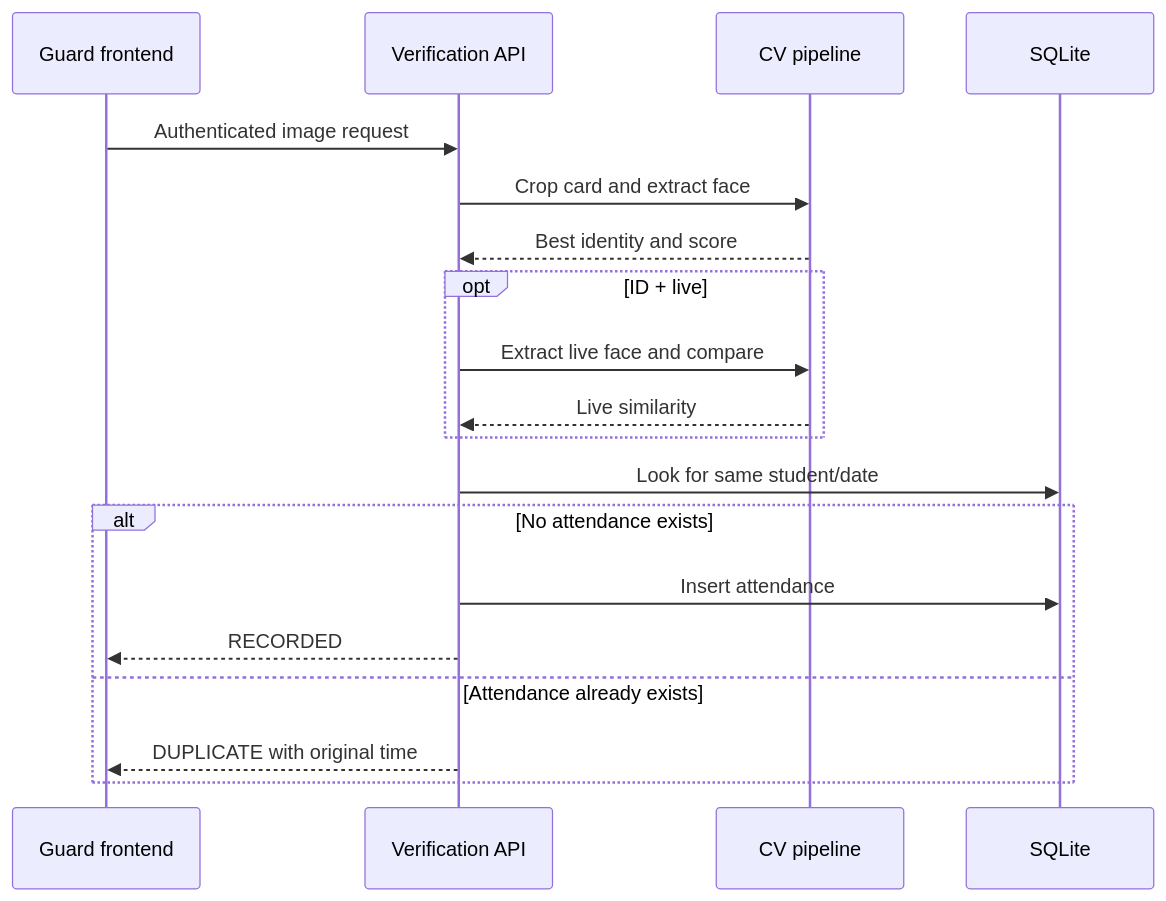
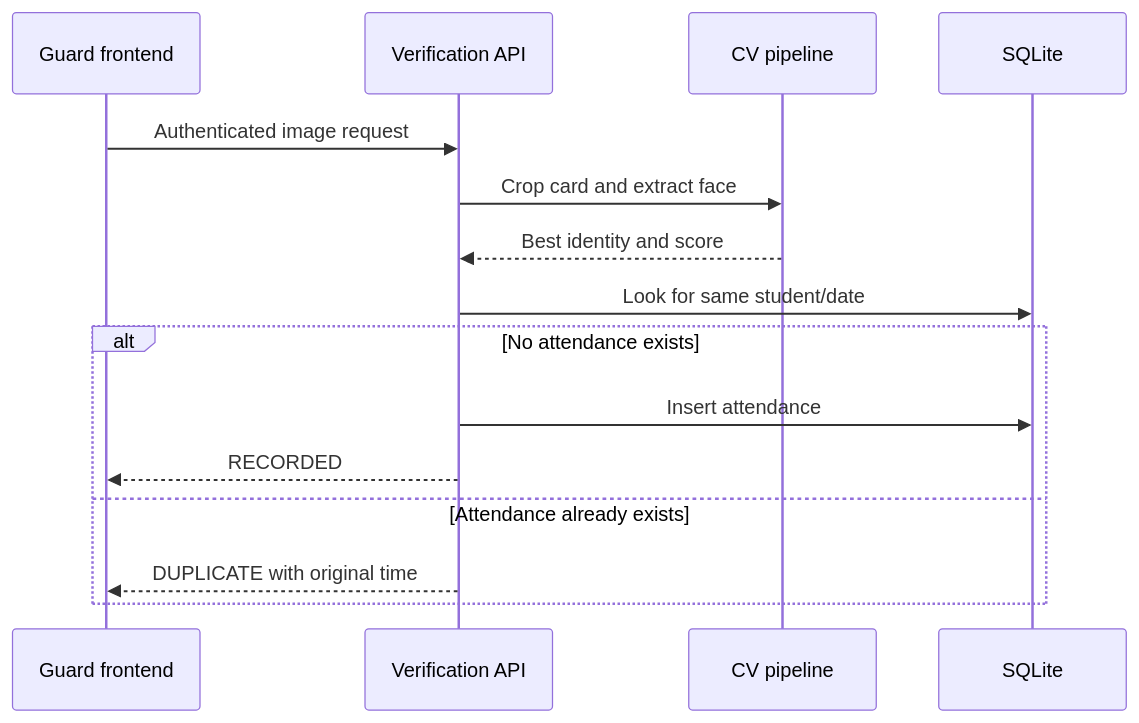
One commit to tomgumR/smart-id-attendance-system changed the fourth of 4 diagrams in docs/PROJECT_DOCUMENTATION.md. Above: the diagram before and after it, drawn with Mermaid. The commit also changed other lines of this file and 12 other files, not shown here.

Commit message:
Remove ID-plus-live face verification

````diff
--- a/docs/PROJECT_DOCUMENTATION.md
+++ b/docs/PROJECT_DOCUMENTATION.md
@@ -447,22 +425,18 @@
 ```mermaid
 sequenceDiagram
     participant G as Guard frontend
     participant API as Verification API
     participant CV as CV pipeline
     participant DB as SQLite
 
     G->>API: Authenticated image request
     API->>CV: Crop card and extract face
     CV-->>API: Best identity and score
-    opt ID + live
-        API->>CV: Extract live face and compare
-        CV-->>API: Live similarity
-    end
     API->>DB: Look for same student/date
     alt No attendance exists
         API->>DB: Insert attendance
         API-->>G: RECORDED
     else Attendance already exists
         API-->>G: DUPLICATE with original time
     end
 ```
````
